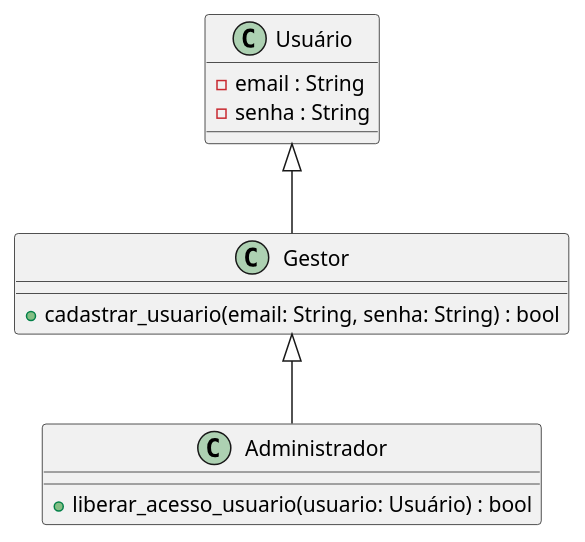
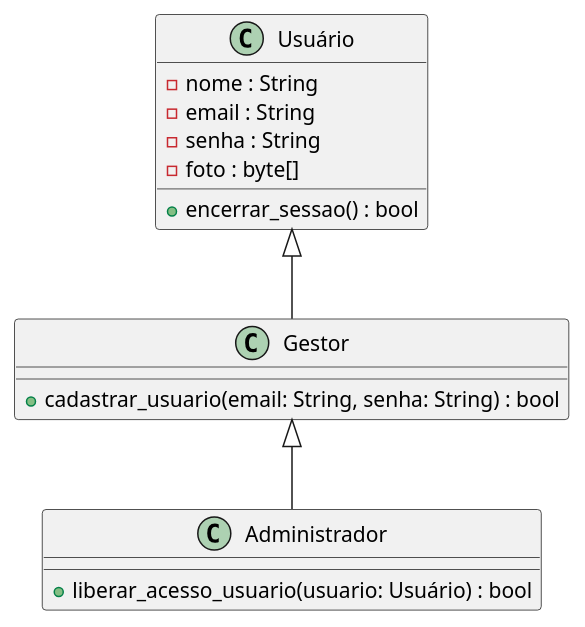
One commit to araujofs/sst changed the diagram in specs/logica/diagrama.puml. Above: the diagram before and after it, drawn with PlantUML.

Commit message:
feat: add uc3 to diagram

```diff
--- a/specs/logica/diagrama.puml
+++ b/specs/logica/diagrama.puml
@@ -1,17 +1,22 @@
 @startuml classes
 
   class Usuário {
+    - nome : String
     - email : String
     - senha : String
+    - foto : byte[]
+    + encerrar_sessao() : bool 
   }
+
   class Gestor {
     + cadastrar_usuario(email: String, senha: String) : bool 
   }
+
   class Administrador {
     + liberar_acesso_usuario(usuario: Usuário) : bool 
   }
 
   Usuário <|-- Gestor
   Gestor <|-- Administrador
 
 @enduml
```
